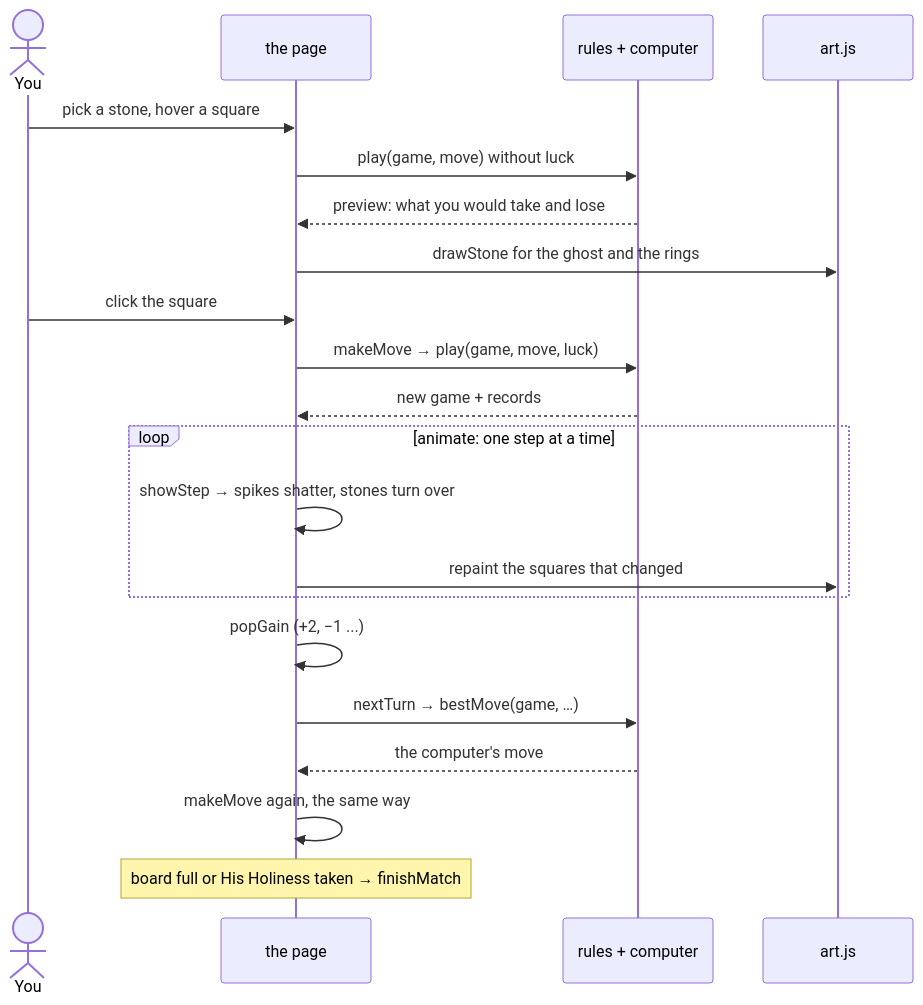
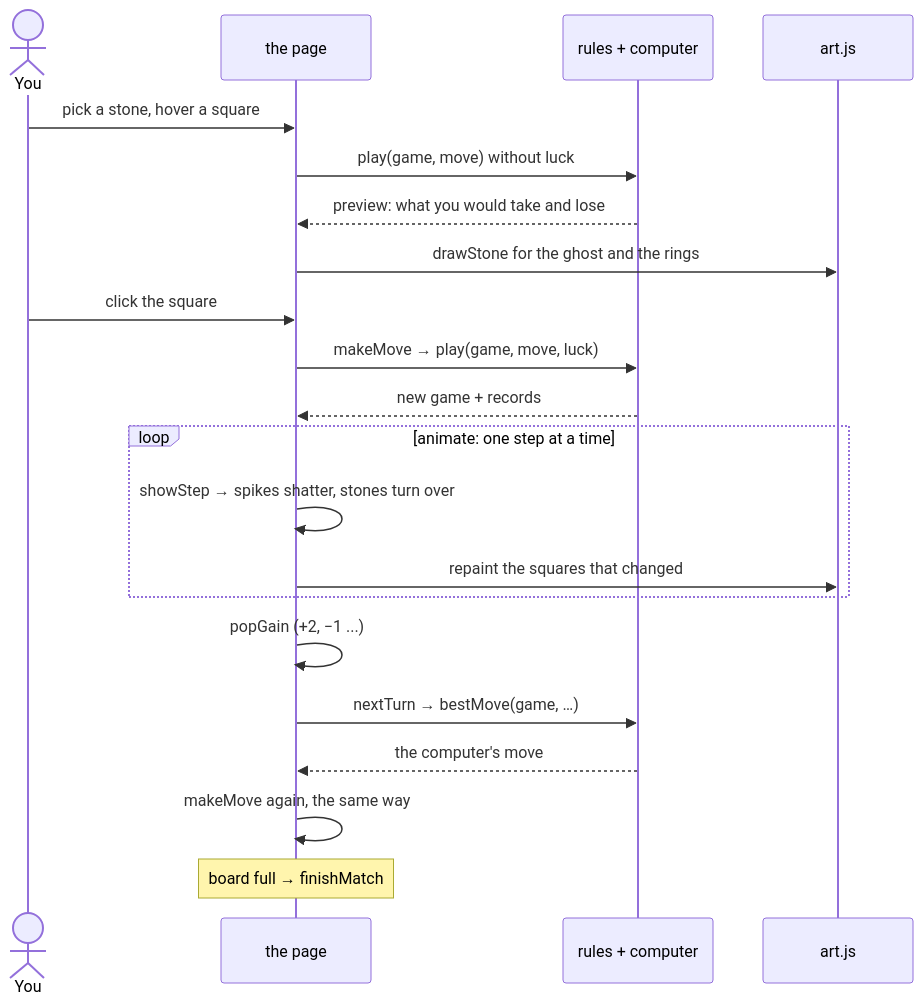
Before and after one commit to louisvandenbruwaene/rook-like: the seventh of 8 diagrams in README.md, drawn with Mermaid. The commit also changed other lines of this file and 18 other files, not shown here.

First line of the commit message:
Rook-like: His Hovering Holiness is gone; Buzzy Beatrice's swarm no longer grounds anyone

````diff
--- a/README.md
+++ b/README.md
@@ -246,24 +243,24 @@
 ```mermaid
 sequenceDiagram
     actor You
     participant Page as the page
     participant Engine as rules + computer
     participant Draw as art.js
 
     You->>Page: pick a stone, hover a square
     Page->>Engine: play(game, move) without luck
     Engine-->>Page: preview: what you would take and lose
     Page->>Draw: drawStone for the ghost and the rings
     You->>Page: click the square
     Page->>Engine: makeMove → play(game, move, luck)
     Engine-->>Page: new game + records
     loop animate: one step at a time
         Page->>Page: showStep → spikes shatter, stones turn over
         Page->>Draw: repaint the squares that changed
     end
     Page->>Page: popGain (+2, −1 ...)
     Page->>Engine: nextTurn → bestMove(game, …)
     Engine-->>Page: the computer's move
     Page->>Page: makeMove again, the same way
-    Note over Page: board full or His Holiness taken → finishMatch
+    Note over Page: board full → finishMatch
 ```
````
